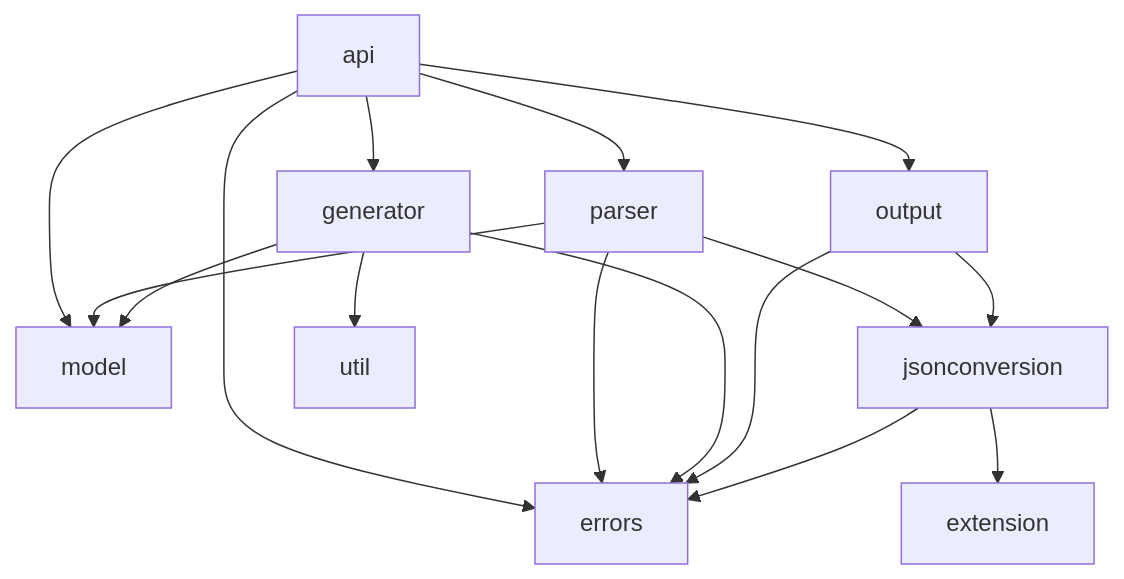
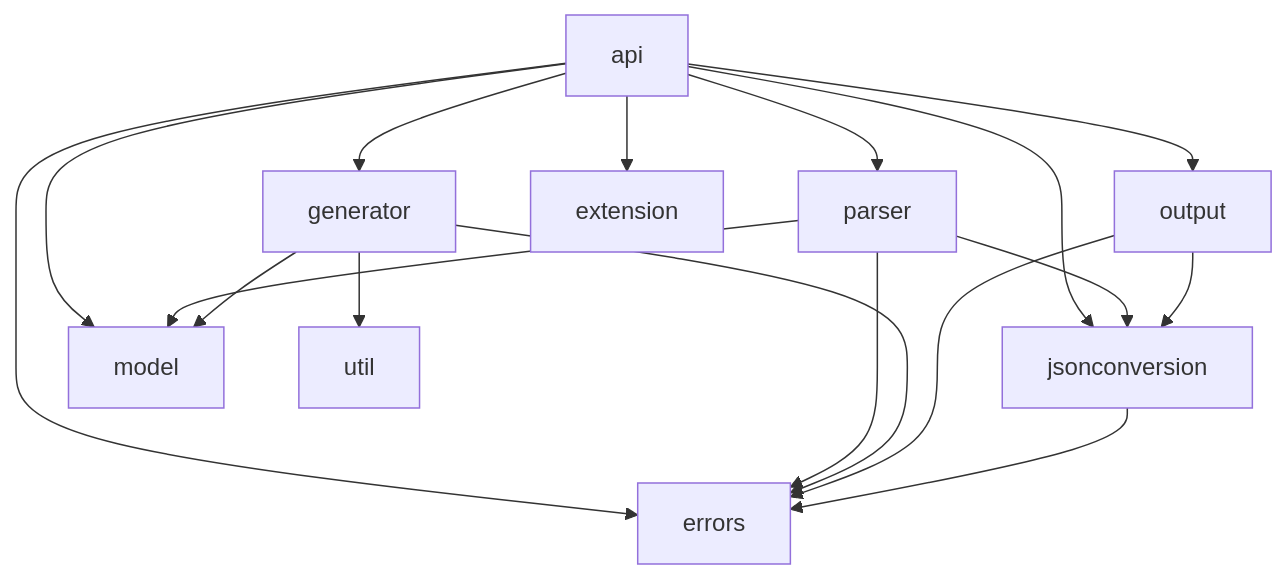
The third of 3 diagrams in docs/architecture.md (gjuton/gjuton), drawn with Mermaid before and after one commit. The commit also changed other lines of this file and 22 other files, not shown here.

````diff
--- a/docs/architecture.md
+++ b/docs/architecture.md
@@ -117,18 +117,19 @@
 ```mermaid
 graph TD
     api --> parser
     api --> generator
     api --> output
+    api --> jsonconversion
+    api --> extension
     api --> model
     api --> errors
     parser --> jsonconversion
     parser --> model
     parser --> errors
     generator --> model
     generator --> util
     generator --> errors
     output --> jsonconversion
     output --> errors
-    jsonconversion --> extension
     jsonconversion --> errors
 ```
````
